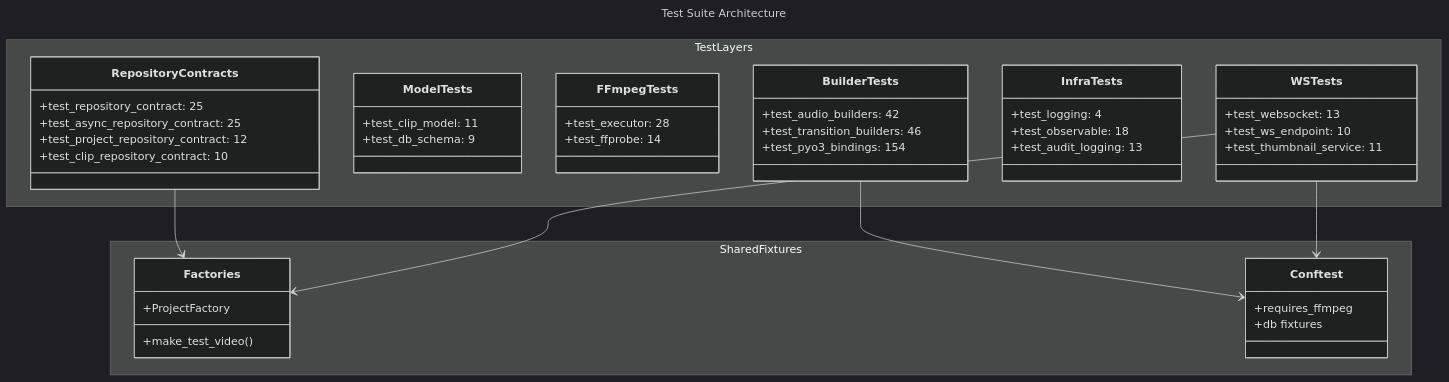
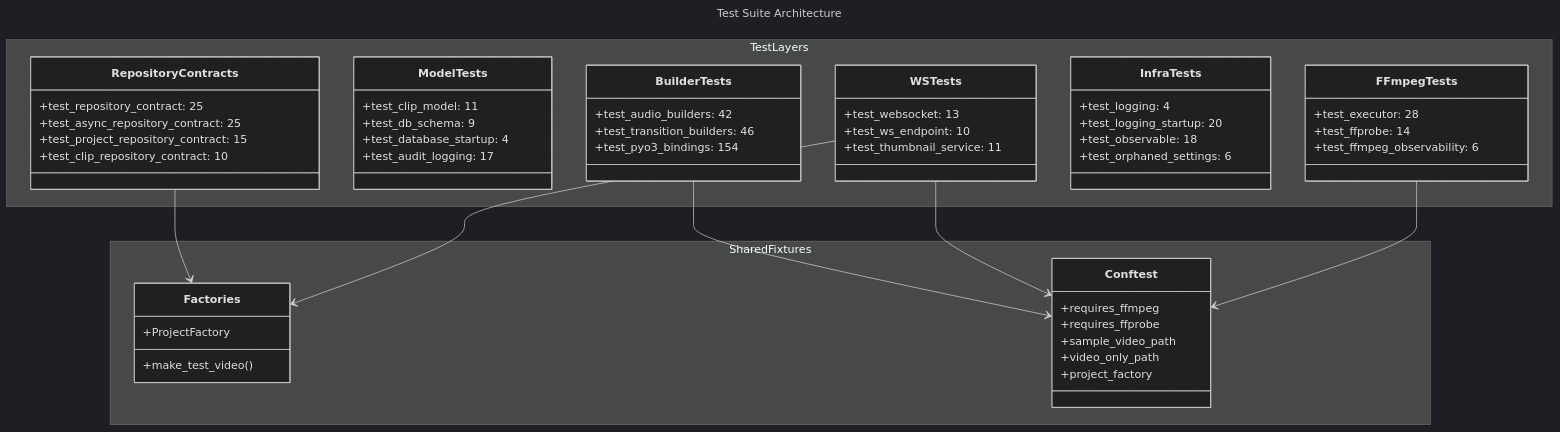
One commit to gwickman/stoat-and-ferret changed the diagram in docs/C4-Documentation/c4-code-tests.md. Above: the diagram before and after it, drawn with Mermaid (dark theme). The commit also changed other lines of this file and 22 other files, not shown here.

````diff
--- a/docs/C4-Documentation/c4-code-tests.md
+++ b/docs/C4-Documentation/c4-code-tests.md
@@ -107,52 +119,60 @@
 ```mermaid
 ---
 title: Test Suite Architecture
 ---
 classDiagram
     namespace TestLayers {
         class RepositoryContracts {
             +test_repository_contract: 25
             +test_async_repository_contract: 25
-            +test_project_repository_contract: 12
+            +test_project_repository_contract: 15
             +test_clip_repository_contract: 10
         }
         class ModelTests {
             +test_clip_model: 11
             +test_db_schema: 9
+            +test_database_startup: 4
+            +test_audit_logging: 17
         }
         class FFmpegTests {
             +test_executor: 28
             +test_ffprobe: 14
+            +test_ffmpeg_observability: 6
         }
         class BuilderTests {
             +test_audio_builders: 42
             +test_transition_builders: 46
             +test_pyo3_bindings: 154
         }
         class InfraTests {
             +test_logging: 4
+            +test_logging_startup: 20
             +test_observable: 18
-            +test_audit_logging: 13
+            +test_orphaned_settings: 6
         }
         class WSTests {
             +test_websocket: 13
             +test_ws_endpoint: 10
             +test_thumbnail_service: 11
         }
     }
     namespace SharedFixtures {
         class Factories {
             +make_test_video()
             +ProjectFactory
         }
         class Conftest {
             +requires_ffmpeg
-            +db fixtures
+            +requires_ffprobe
+            +sample_video_path
+            +video_only_path
+            +project_factory
         }
     }
 
     RepositoryContracts --> Factories
     BuilderTests --> Conftest
     WSTests --> Factories
     WSTests --> Conftest
+    FFmpegTests --> Conftest
 ```
````
